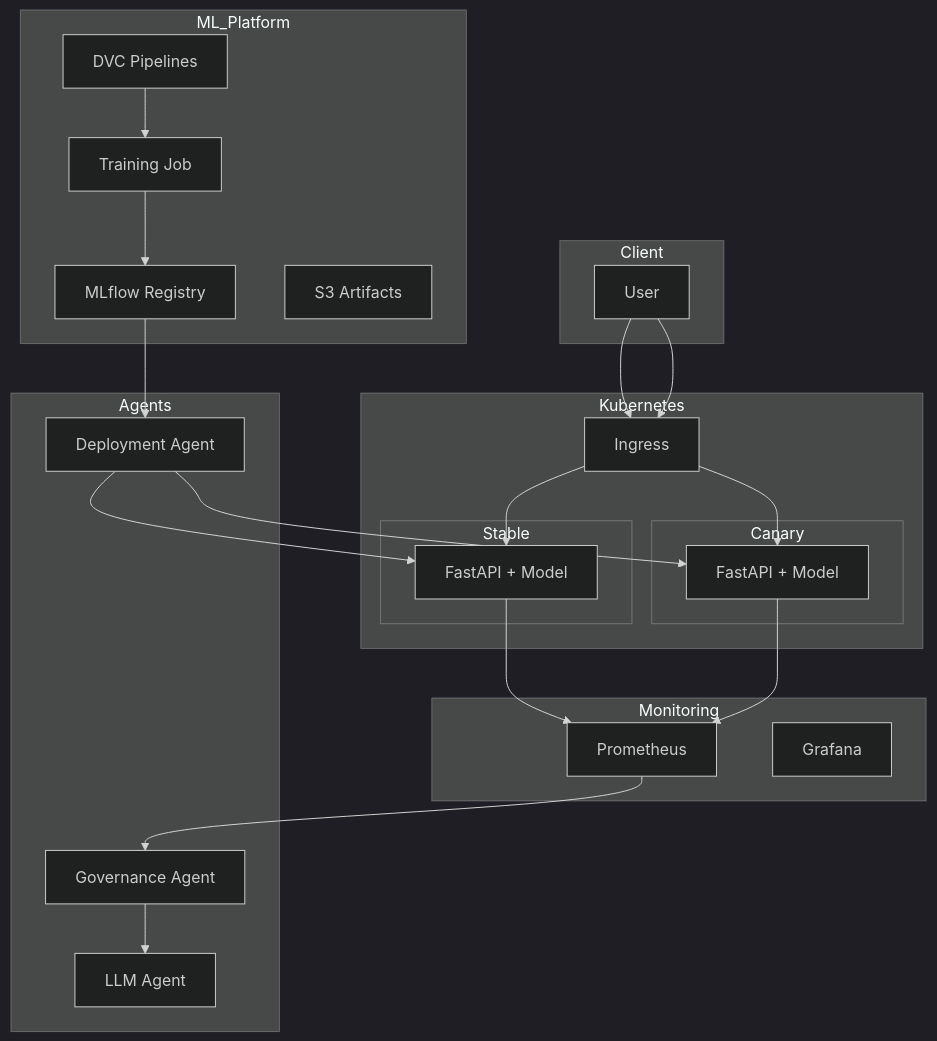
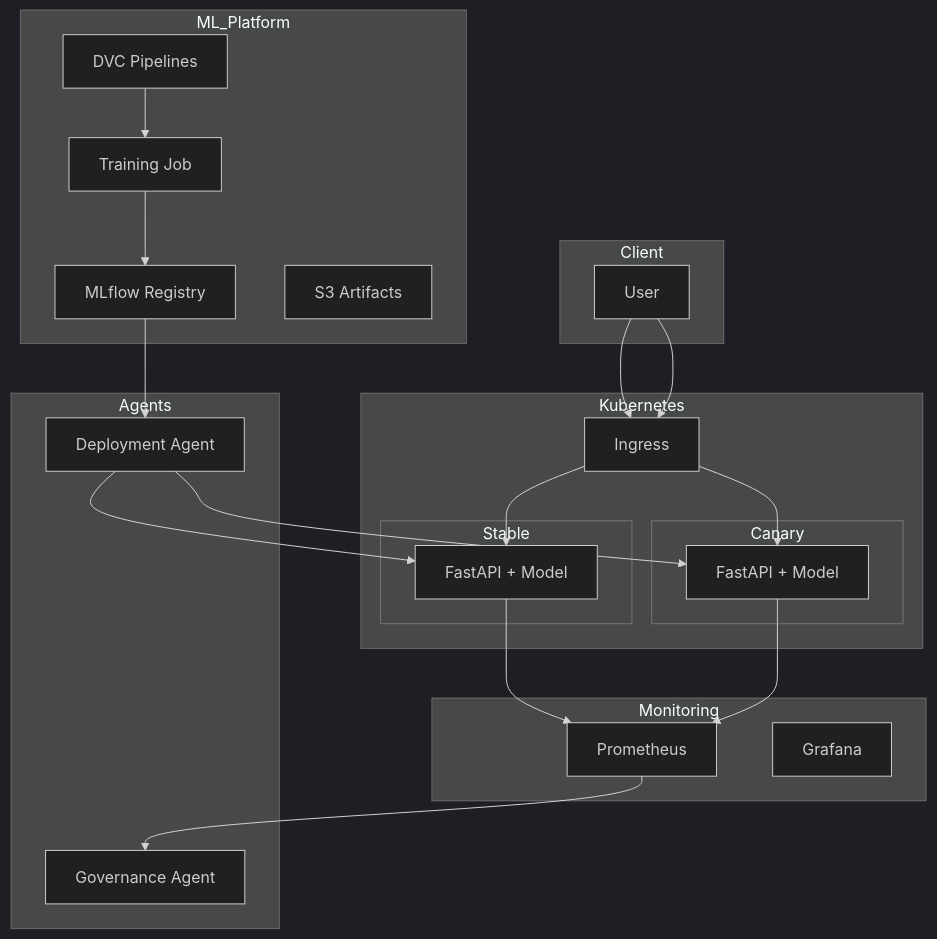
Before and after one commit to akashagalave/AutoML-Brain: the second of 3 diagrams in README.md, drawn with Mermaid (dark theme). The commit also changed other lines of this file, not shown here.

First line of the commit message:
Update README to remove LLM references

````diff
--- a/README.md
+++ b/README.md
@@ -111,50 +109,48 @@
 ```mermaid
 graph TB
     subgraph Client
         User
     end
 
     subgraph Kubernetes
         Ingress
 
         subgraph Stable
             API1[FastAPI + Model]
         end
 
         subgraph Canary
             API2[FastAPI + Model]
         end
     end
 
     subgraph ML_Platform
         DVC[DVC Pipelines]
         Train[Training Job]
         MLflow[MLflow Registry]
         S3[S3 Artifacts]
     end
 
     subgraph Monitoring
         Prometheus
         Grafana
     end
 
     subgraph Agents
         DeployAgent[Deployment Agent]
         GovAgent[Governance Agent]
-        LLMAgent[LLM Agent]
     end
 
     User --> Ingress --> API1
     User --> Ingress --> API2
 
     API1 --> Prometheus
     API2 --> Prometheus
 
     DVC --> Train --> MLflow
     MLflow --> DeployAgent
     DeployAgent --> API2
     DeployAgent --> API1
 
     Prometheus --> GovAgent
-    GovAgent --> LLMAgent
 ```
````
